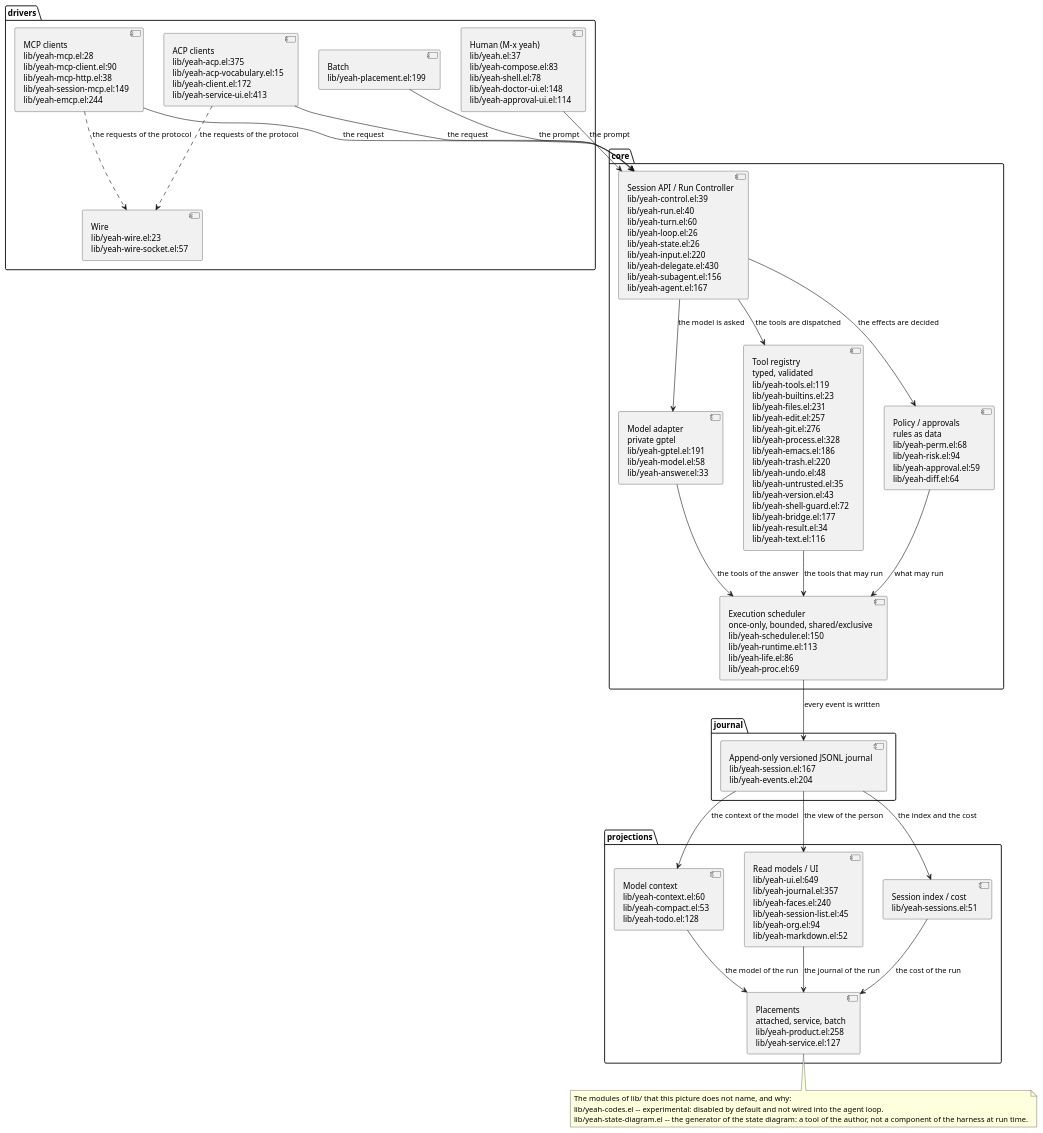
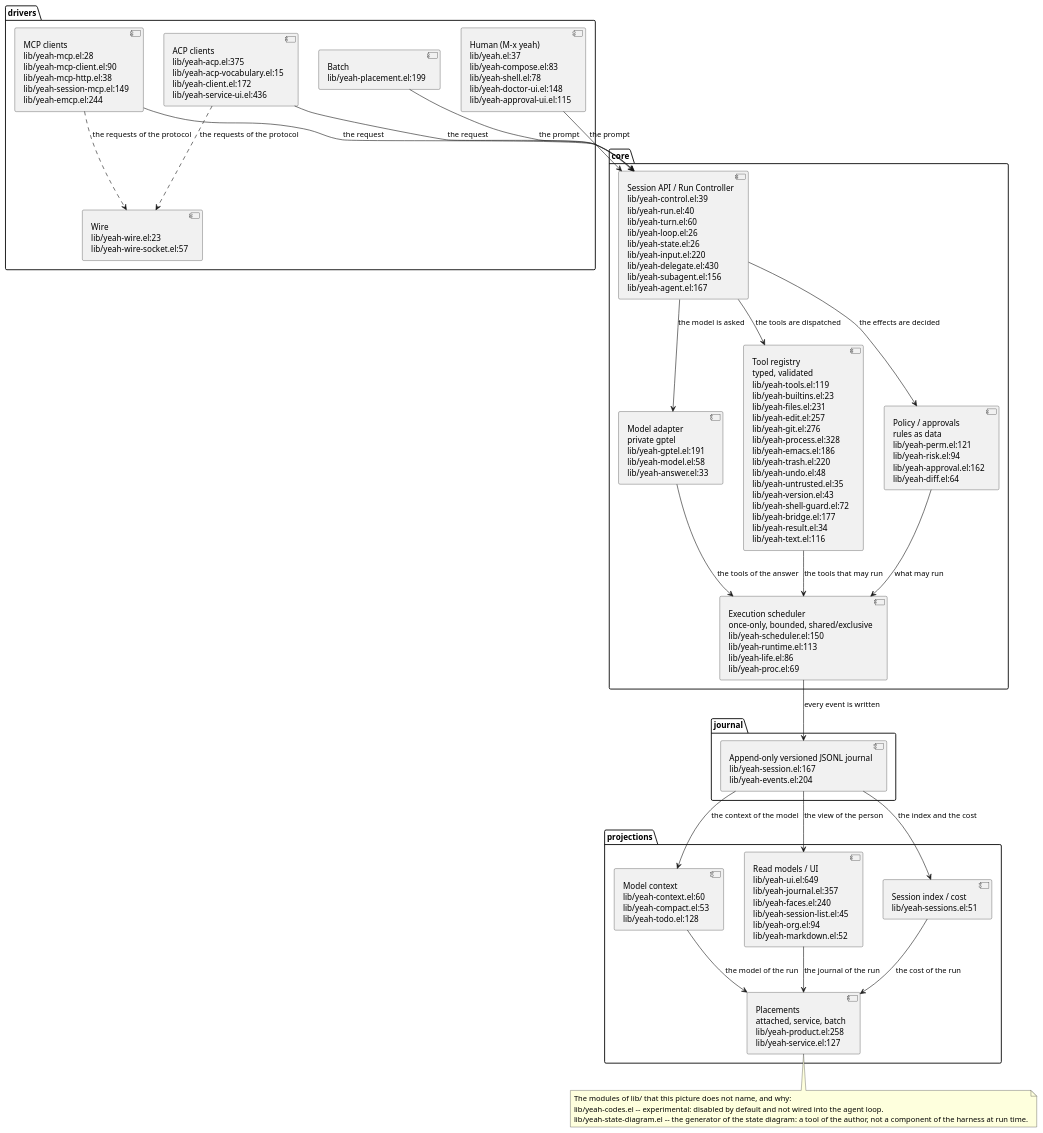
Before and after one commit to 11111000000/yeah: the diagram in site/diagrams/core-layers.puml, drawn with PlantUML. The commit also changed 4 other files, not shown here.

```diff
--- a/site/diagrams/core-layers.puml
+++ b/site/diagrams/core-layers.puml
@@ -1,69 +1,69 @@
 @startuml core-layers
 ' The layers of the core of Yeah.
 '
 ' The same picture as the ASCII figure of the site and as the component
 ' architecture of `docs/ARCHITECTURE.md' §5, in the notation of components:
 ' the drivers submit to the run controller, the controller drives the model
 ' adapter, the tool registry and the policy, the scheduler runs what may
 ' run, everything that happened is written into one journal, and the
 ' projections read the journal.
 '
 ' Every block names the files that implement it, as `file:line'.  The
 ' modules of `lib/' that this picture does not name are listed in the note
 ' at the end of this file, with the reason why they are not there.
 
 package "drivers" as drivers {
-  component "Human (M-x yeah)\nlib/yeah.el:37\nlib/yeah-compose.el:83\nlib/yeah-shell.el:78\nlib/yeah-doctor-ui.el:148\nlib/yeah-approval-ui.el:114" as human
-  component "ACP clients\nlib/yeah-acp.el:375\nlib/yeah-acp-vocabulary.el:15\nlib/yeah-client.el:172\nlib/yeah-service-ui.el:413" as acp
+  component "Human (M-x yeah)\nlib/yeah.el:37\nlib/yeah-compose.el:83\nlib/yeah-shell.el:78\nlib/yeah-doctor-ui.el:148\nlib/yeah-approval-ui.el:115" as human
+  component "ACP clients\nlib/yeah-acp.el:375\nlib/yeah-acp-vocabulary.el:15\nlib/yeah-client.el:172\nlib/yeah-service-ui.el:436" as acp
   component "MCP clients\nlib/yeah-mcp.el:28\nlib/yeah-mcp-client.el:90\nlib/yeah-mcp-http.el:38\nlib/yeah-session-mcp.el:149\nlib/yeah-emcp.el:244" as mcp
   component "Batch\nlib/yeah-placement.el:199" as batch
   component "Wire\nlib/yeah-wire.el:23\nlib/yeah-wire-socket.el:57" as wire
 }
 
 package "core" as core {
   component "Session API / Run Controller\nlib/yeah-control.el:39\nlib/yeah-run.el:40\nlib/yeah-turn.el:60\nlib/yeah-loop.el:26\nlib/yeah-state.el:26\nlib/yeah-input.el:220\nlib/yeah-delegate.el:430\nlib/yeah-subagent.el:156\nlib/yeah-agent.el:167" as controller
   component "Model adapter\nprivate gptel\nlib/yeah-gptel.el:191\nlib/yeah-model.el:58\nlib/yeah-answer.el:33" as model_adapter
   component "Tool registry\ntyped, validated\nlib/yeah-tools.el:119\nlib/yeah-builtins.el:23\nlib/yeah-files.el:231\nlib/yeah-edit.el:257\nlib/yeah-git.el:276\nlib/yeah-process.el:328\nlib/yeah-emacs.el:186\nlib/yeah-trash.el:220\nlib/yeah-undo.el:48\nlib/yeah-untrusted.el:35\nlib/yeah-version.el:43\nlib/yeah-shell-guard.el:72\nlib/yeah-bridge.el:177\nlib/yeah-result.el:34\nlib/yeah-text.el:116" as registry
-  component "Policy / approvals\nrules as data\nlib/yeah-perm.el:68\nlib/yeah-risk.el:94\nlib/yeah-approval.el:59\nlib/yeah-diff.el:64" as policy
+  component "Policy / approvals\nrules as data\nlib/yeah-perm.el:121\nlib/yeah-risk.el:94\nlib/yeah-approval.el:162\nlib/yeah-diff.el:64" as policy
   component "Execution scheduler\nonce-only, bounded, shared/exclusive\nlib/yeah-scheduler.el:150\nlib/yeah-runtime.el:113\nlib/yeah-life.el:86\nlib/yeah-proc.el:69" as scheduler
 }
 
 package "journal" as journal {
   component "Append-only versioned JSONL journal\nlib/yeah-session.el:167\nlib/yeah-events.el:204" as log
 }
 
 package "projections" as projections {
   component "Model context\nlib/yeah-context.el:60\nlib/yeah-compact.el:53\nlib/yeah-todo.el:128" as context
   component "Read models / UI\nlib/yeah-ui.el:649\nlib/yeah-journal.el:357\nlib/yeah-faces.el:240\nlib/yeah-session-list.el:45\nlib/yeah-org.el:94\nlib/yeah-markdown.el:52" as ui
   component "Session index / cost\nlib/yeah-sessions.el:51" as sessions
   component "Placements\nattached, service, batch\nlib/yeah-product.el:258\nlib/yeah-service.el:127" as placements
 }
 
 human --> controller : the prompt
 acp --> controller : the request
 mcp --> controller : the request
 batch --> controller : the prompt
 acp ..> wire : the requests of the protocol
 mcp ..> wire : the requests of the protocol
 
 controller --> model_adapter : the model is asked
 controller --> registry : the tools are dispatched
 controller --> policy : the effects are decided
 model_adapter --> scheduler : the tools of the answer
 registry --> scheduler : the tools that may run
 policy --> scheduler : what may run
 scheduler --> log : every event is written
 
 log --> context : the context of the model
 log --> ui : the view of the person
 log --> sessions : the index and the cost
 context --> placements : the model of the run
 ui --> placements : the journal of the run
 sessions --> placements : the cost of the run
 
 note bottom
   The modules of lib/ that this picture does not name, and why:
   lib/yeah-codes.el -- experimental: disabled by default and not wired into the agent loop.
   lib/yeah-state-diagram.el -- the generator of the state diagram: a tool of the author, not a component of the harness at run time.
 end note
 @enduml
```
